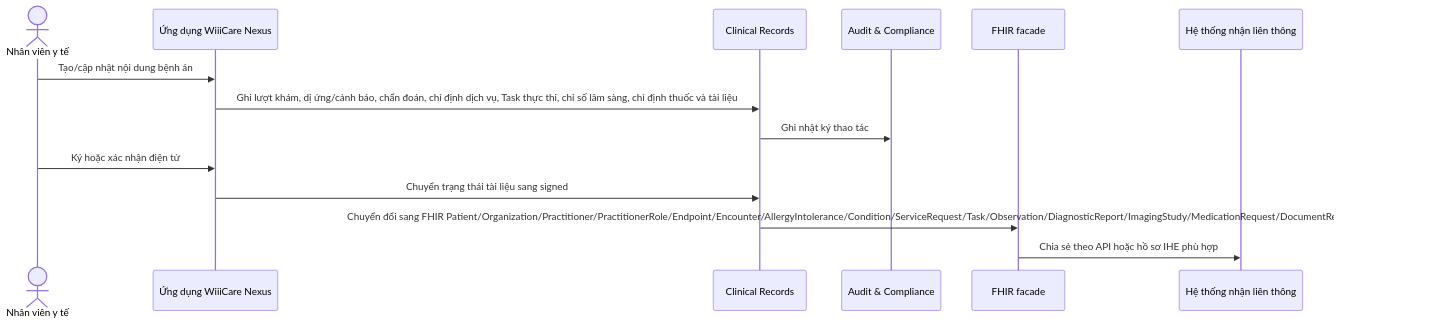
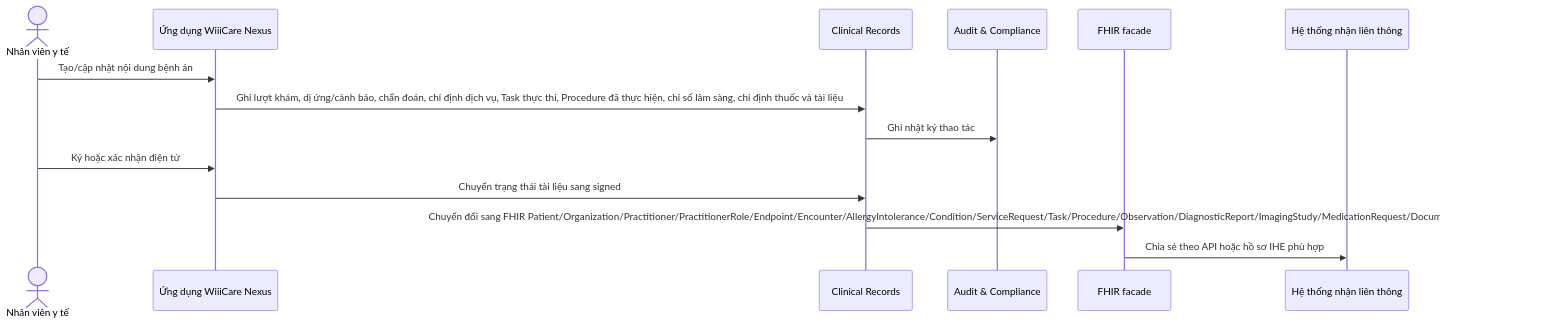
Before and after one commit to meiiie/benh_vien: the second of 2 diagrams in docs/ARCHITECTURE.md, drawn with Mermaid. The commit also changed other lines of this file and 34 other files, not shown here.

````diff
--- a/docs/ARCHITECTURE.md
+++ b/docs/ARCHITECTURE.md
@@ -61,17 +61,17 @@
 ```mermaid
 sequenceDiagram
   actor User as Nhân viên y tế
   participant App as Ứng dụng WiiiCare Nexus
   participant EMR as Clinical Records
   participant Audit as Audit & Compliance
   participant FHIR as FHIR facade
   participant Partner as Hệ thống nhận liên thông
 
   User->>App: Tạo/cập nhật nội dung bệnh án
-  App->>EMR: Ghi lượt khám, dị ứng/cảnh báo, chẩn đoán, chỉ định dịch vụ, Task thực thi, chỉ số lâm sàng, chỉ định thuốc và tài liệu
+  App->>EMR: Ghi lượt khám, dị ứng/cảnh báo, chẩn đoán, chỉ định dịch vụ, Task thực thi, Procedure đã thực hiện, chỉ số lâm sàng, chỉ định thuốc và tài liệu
   EMR->>Audit: Ghi nhật ký thao tác
   User->>App: Ký hoặc xác nhận điện tử
   App->>EMR: Chuyển trạng thái tài liệu sang signed
-  EMR->>FHIR: Chuyển đổi sang FHIR Patient/Organization/Practitioner/PractitionerRole/Endpoint/Encounter/AllergyIntolerance/Condition/ServiceRequest/Task/Observation/DiagnosticReport/ImagingStudy/MedicationRequest/DocumentReference/Composition
+  EMR->>FHIR: Chuyển đổi sang FHIR Patient/Organization/Practitioner/PractitionerRole/Endpoint/Encounter/AllergyIntolerance/Condition/ServiceRequest/Task/Procedure/Observation/DiagnosticReport/ImagingStudy/MedicationRequest/DocumentReference/Composition
   FHIR->>Partner: Chia sẻ theo API hoặc hồ sơ IHE phù hợp
 ```
````
